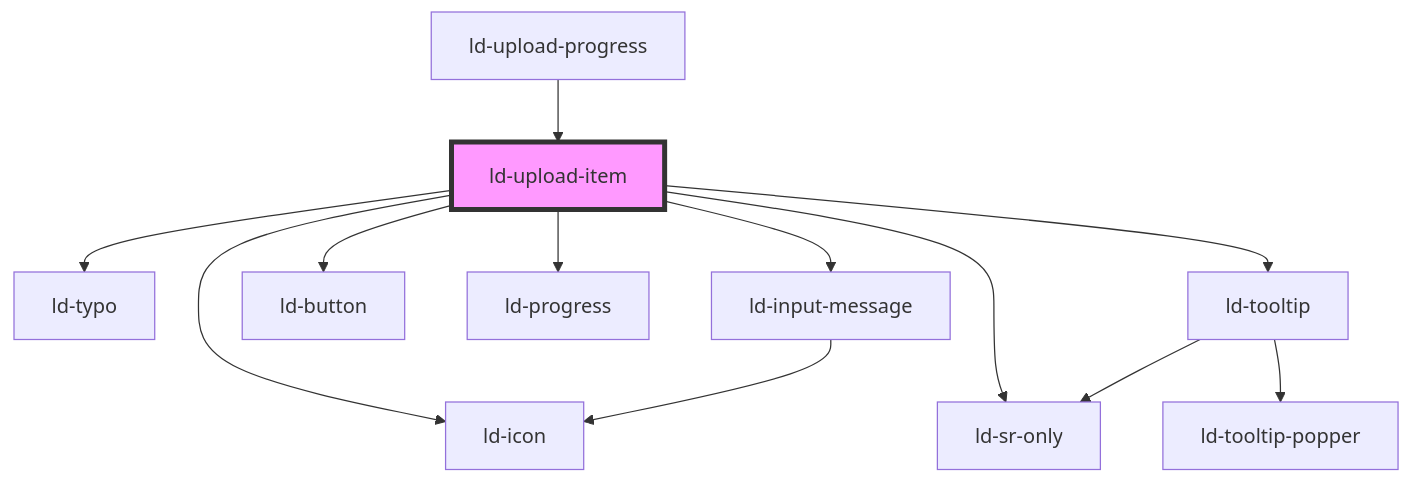
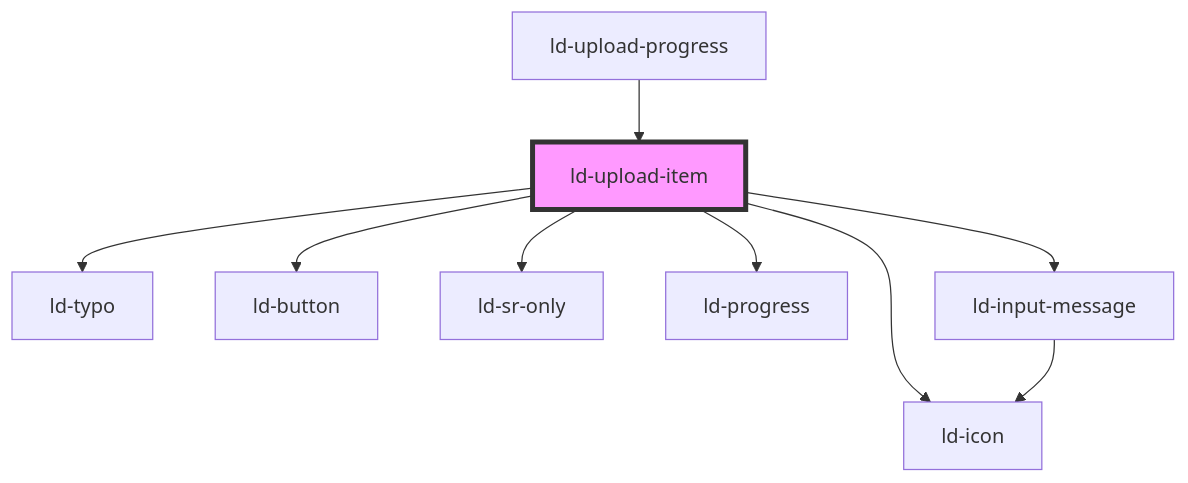
Before and after one commit to emdgroup-liquid/liquid: the diagram in src/liquid/components/ld-file-upload/ld-upload-item/readme.md, drawn with Mermaid. The commit also changed other lines of this file and 14 other files, not shown here.

````diff
--- a/src/liquid/components/ld-file-upload/ld-upload-item/readme.md
+++ b/src/liquid/components/ld-file-upload/ld-upload-item/readme.md
@@ -61,15 +60,12 @@
 ```mermaid
 graph TD;
   ld-upload-item --> ld-icon
   ld-upload-item --> ld-typo
-  ld-upload-item --> ld-tooltip
   ld-upload-item --> ld-button
   ld-upload-item --> ld-sr-only
   ld-upload-item --> ld-progress
   ld-upload-item --> ld-input-message
-  ld-tooltip --> ld-sr-only
-  ld-tooltip --> ld-tooltip-popper
   ld-input-message --> ld-icon
   ld-upload-progress --> ld-upload-item
   style ld-upload-item fill:#f9f,stroke:#333,stroke-width:4px
 ```
````
